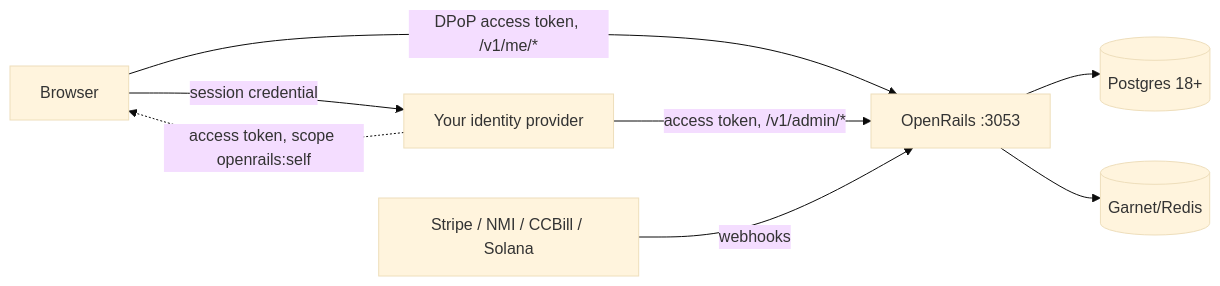
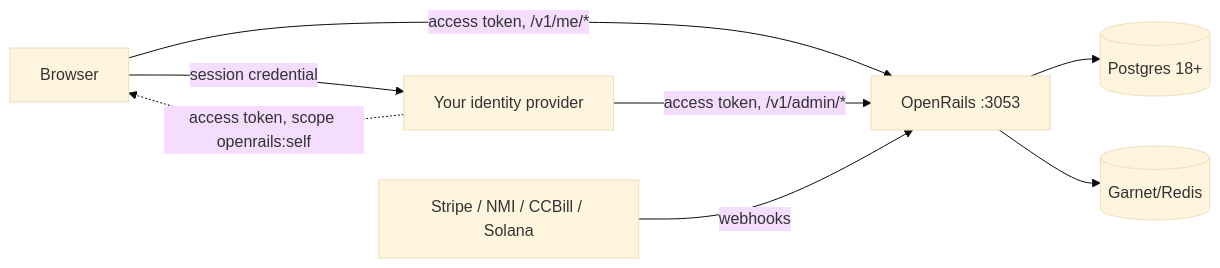
Before and after one commit to open-rails/openrails: the diagram in docs/standalone-integration.md, drawn with Mermaid (base theme). The commit also changed other lines of this file and 18 other files, not shown here.

````diff
--- a/docs/standalone-integration.md
+++ b/docs/standalone-integration.md
@@ -14,10 +14,10 @@
 ```mermaid
 flowchart LR
     B[Browser] -- session credential --> H[Your identity provider]
     H -. access token, scope openrails:self .-> B
-    B -- DPoP access token, /v1/me/* --> OR[OpenRails :3053]
+    B -- access token, /v1/me/* --> OR[OpenRails :3053]
     H -- access token, /v1/admin/* --> OR
     OR --> PG[(Postgres 18+)]
     OR --> RD[(Garnet/Redis)]
     R[Stripe / NMI / CCBill / Solana] -- webhooks --> OR
 ```
````
